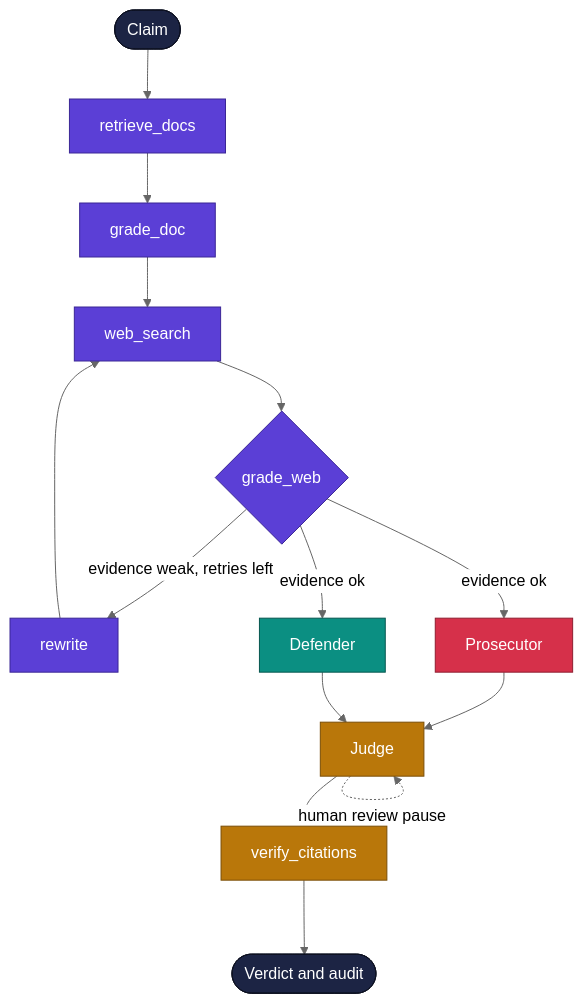
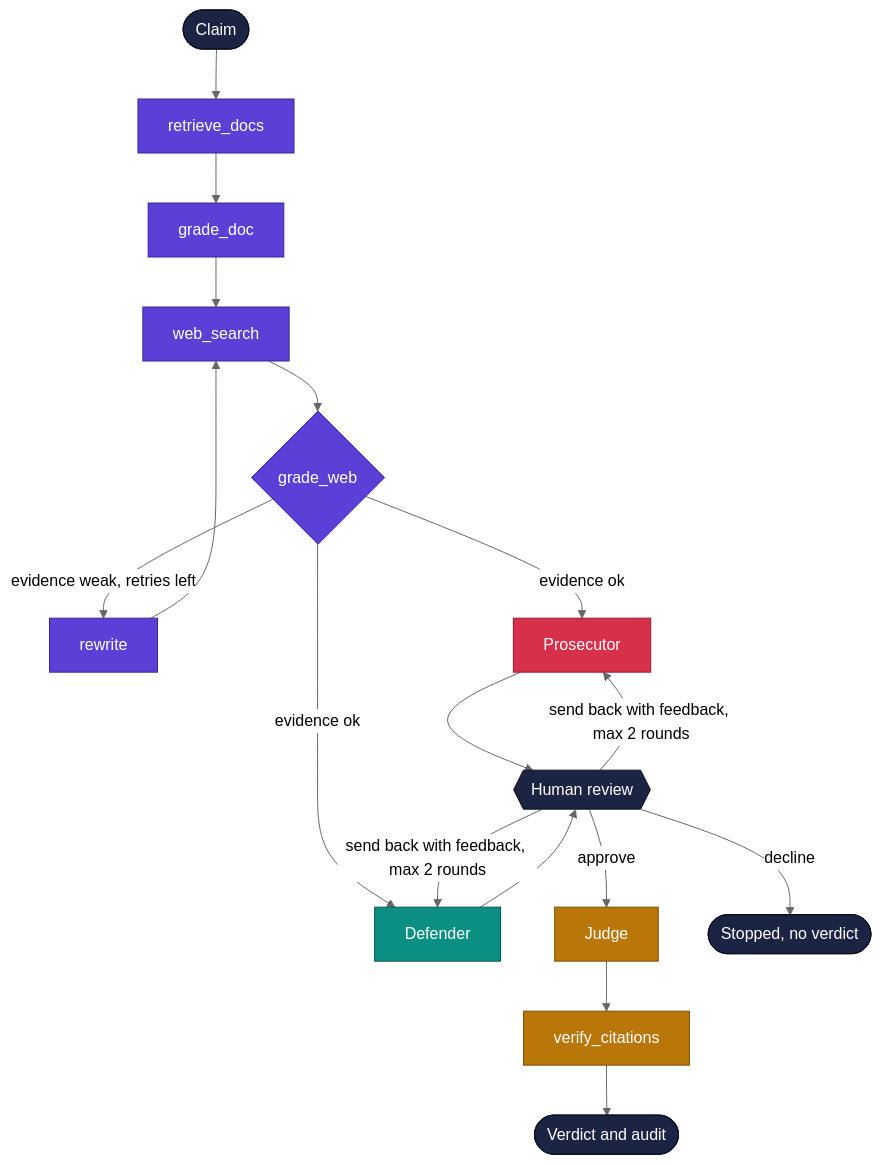
Before and after one commit to 24f2000777/claim-court: the first of 8 diagrams in README.md, drawn with Mermaid (neutral theme). The commit also changed other lines of this file and 5 other files, not shown here.

Commit message:
Human checkpoint: send cases back with feedback (max 2 rounds) or decline and reopen

````diff
--- a/README.md
+++ b/README.md
@@ -51,28 +51,32 @@
 ```mermaid
 flowchart TD
     START([Claim]) --> R[retrieve_docs]
     R --> GD[grade_doc]
     GD --> WS[web_search]
     WS --> GW{grade_web}
     GW -- "evidence weak, retries left" --> RW[rewrite]
     RW --> WS
     GW -- "evidence ok" --> P[Prosecutor]
     GW -- "evidence ok" --> D[Defender]
-    P --> J[Judge]
-    D --> J
-    J -. "human review pause" .-> J
+    P --> H{{"Human review"}}
+    D --> H
+    H -- "approve" --> J[Judge]
+    H -- "send back with feedback, max 2 rounds" --> P
+    H -- "send back with feedback, max 2 rounds" --> D
+    H -- "decline" --> X([Stopped, no verdict])
     J --> V[verify_citations]
     V --> END([Verdict and audit])
 
     classDef clerk fill:#5B3FD6,stroke:#3B2696,color:#fff
     classDef pros fill:#D6304A,stroke:#8F1E30,color:#fff
     classDef def fill:#0B8F82,stroke:#06574F,color:#fff
     classDef judge fill:#B9770A,stroke:#7A4E06,color:#fff
     classDef edge fill:#1C2444,stroke:#0C1020,color:#fff
 
     class R,GD,WS,GW,RW clerk
     class P pros
     class D def
     class J,V judge
+    class H,X edge
     class START,END edge
 ```
````
